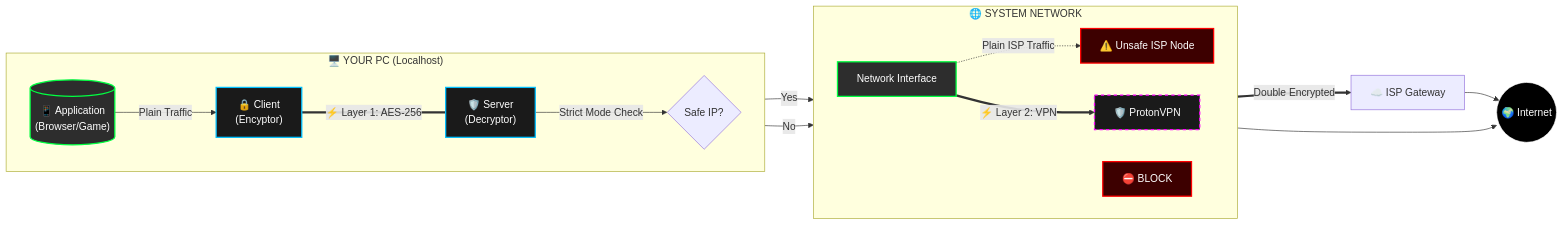
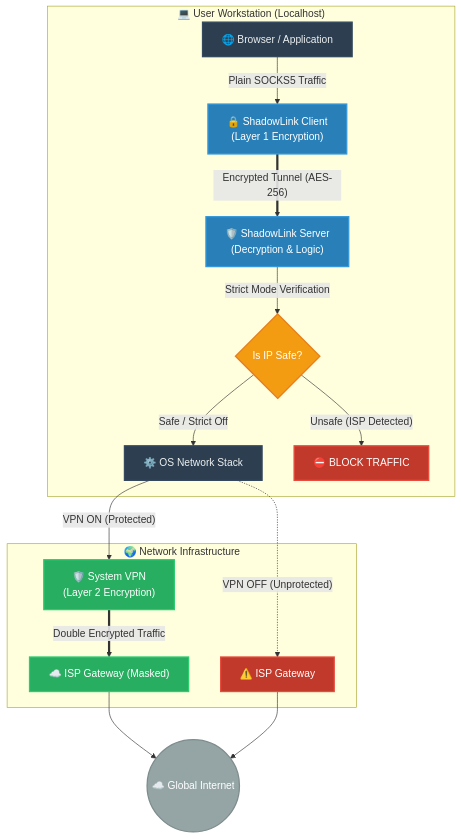
The diagram in README.md (TUSHAR91316/ShadowLink), drawn with Mermaid before and after one commit. The commit also changed other lines of this file and 3 other files, not shown here.

````diff
--- a/README.md
+++ b/README.md
@@ -30,37 +33,37 @@
 ```mermaid
-flowchart LR
-    %% Styles
-    classDef client fill:#2d2d2d,stroke:#00ff41,stroke-width:2px,color:#fff;
-    classDef server fill:#1a1a1a,stroke:#00bfff,stroke-width:2px,color:#fff;
-    classDef vpn fill:#1a1a1a,stroke:#ff00ff,stroke-width:2px,stroke-dasharray: 5 5,color:#fff;
-    classDef internet fill:#000000,stroke:#fff,stroke-width:1px,color:#fff;
-    classDef warning fill:#3d0000,stroke:#ff0000,stroke-width:2px,color:#fff;
+graph TD
+    %% Professional Corporate Theme
+    classDef userNode fill:#2c3e50,stroke:#34495e,stroke-width:2px,color:#ecf0f1;
+    classDef shadowLink fill:#2980b9,stroke:#3498db,stroke-width:2px,color:#fff;
+    classDef checkNode fill:#f39c12,stroke:#e67e22,stroke-width:2px,color:#fff;
+    classDef vpnNode fill:#27ae60,stroke:#2ecc71,stroke-width:2px,color:#fff;
+    classDef internetNode fill:#95a5a6,stroke:#7f8c8d,stroke-width:2px,color:#fff;
+    classDef dangerNode fill:#c0392b,stroke:#e74c3c,stroke-width:2px,color:#fff;
 
-    subgraph UserPC ["🖥️ YOUR PC (Localhost)"]
-        direction LR
-        App[("📱 Application<br/>(Browser/Game)")] -->|Plain Traffic| Client["🔒 Client<br/>(Encyptor)"]
-        Client ===|"⚡ Layer 1: AES-256"| Server["🛡️ Server<br/>(Decryptor)"]
+    subgraph Localhost ["💻 User Workstation (Localhost)"]
+        Browser["🌐 Browser / Application"] -->|"Plain SOCKS5 Traffic"| Client["🔒 ShadowLink Client<br/>(Layer 1 Encryption)"]
+        Client == "Encrypted Tunnel (AES-256)" ==> Server["🛡️ ShadowLink Server<br/>(Decryption & Logic)"]
         
-        Server --"Strict Mode Check"--> Gate{"Safe IP?"}
+        Server -- "Strict Mode Verification" --> Check{"Is IP Safe?"}
+        Check -- "Safe / Strict Off" --> OS["⚙️ OS Network Stack"]
+        Check -- "Unsafe (ISP Detected)" --> Block["⛔ BLOCK TRAFFIC"]
     end
-
-    subgraph System ["🌐 SYSTEM NETWORK"]
-        direction LR
-        Gate --"Yes"--> SysStack["Network Interface"]
-        Gate --"No"--> KillSwitch["⛔ BLOCK"]
+    
+    subgraph System ["🌍 Network Infrastructure"]
+        OS -.->|"VPN OFF (Unprotected)"| Direct["⚠️ ISP Gateway"]
+        OS -->|"VPN ON (Protected)"| Proton["🛡️ System VPN<br/>(Layer 2 Encryption)"]
         
-        SysStack -.->|"Plain ISP Traffic"| ISP_Danger["⚠️ Unsafe ISP Node"]
-        SysStack ==>|"⚡ Layer 2: VPN"| Proton["🛡️ ProtonVPN"]
+        Proton == "Double Encrypted Traffic" ==> Masked["☁️ ISP Gateway (Masked)"]
     end
-
-    Proton ==>|"Double Encrypted"| ISP_Safe["☁️ ISP Gateway"]
-    ISP_Safe --> WWW(("🌍 Internet"))
-    ISP_Danger --> WWW
-
+    
+    Masked --> Internet(("☁️ Global Internet"))
+    Direct --> Internet
+    
     %% Apply Styles
-    class App,SysStack client;
-    class Client,Server server;
-    class Proton vpn;
-    class WWW internet;
-    class KillSwitch,ISP_Danger warning;
+    class Browser,OS userNode;
+    class Client,Server shadowLink;
+    class Check checkNode;
+    class Proton,Masked vpnNode;
+    class Direct,Block dangerNode;
+    class Internet internetNode;
 ```
````
